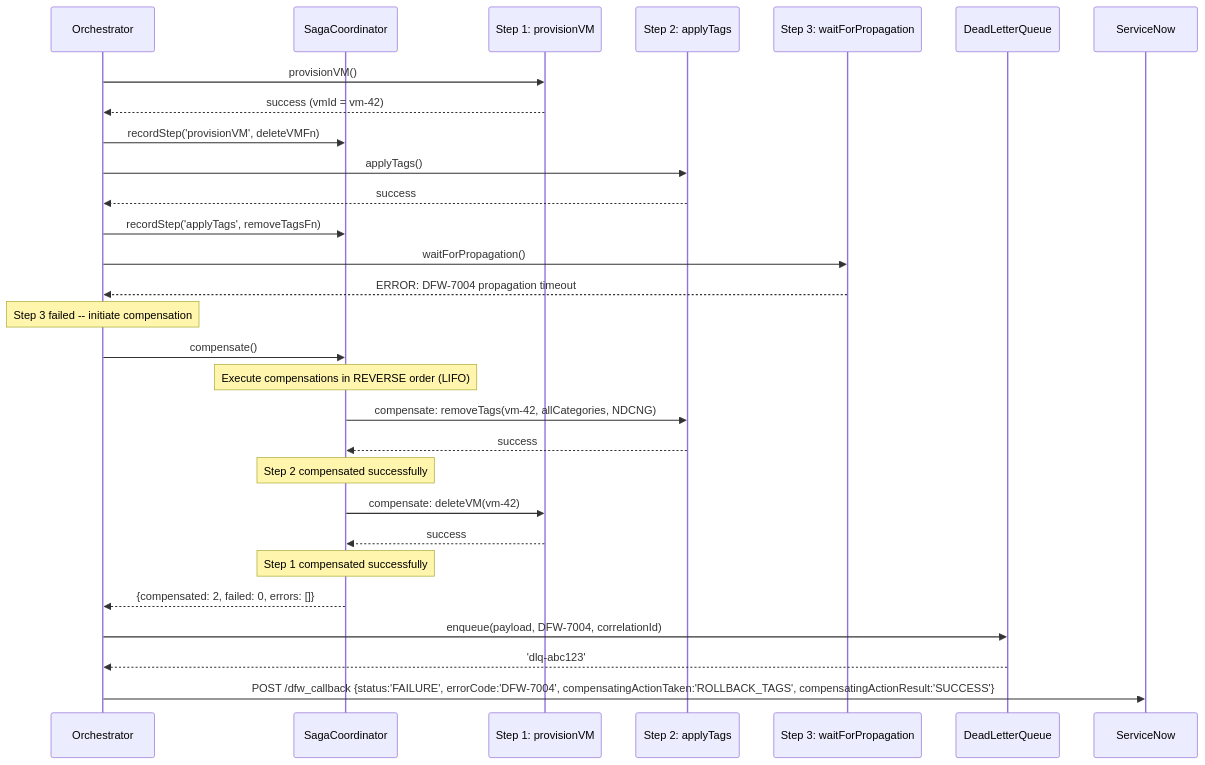
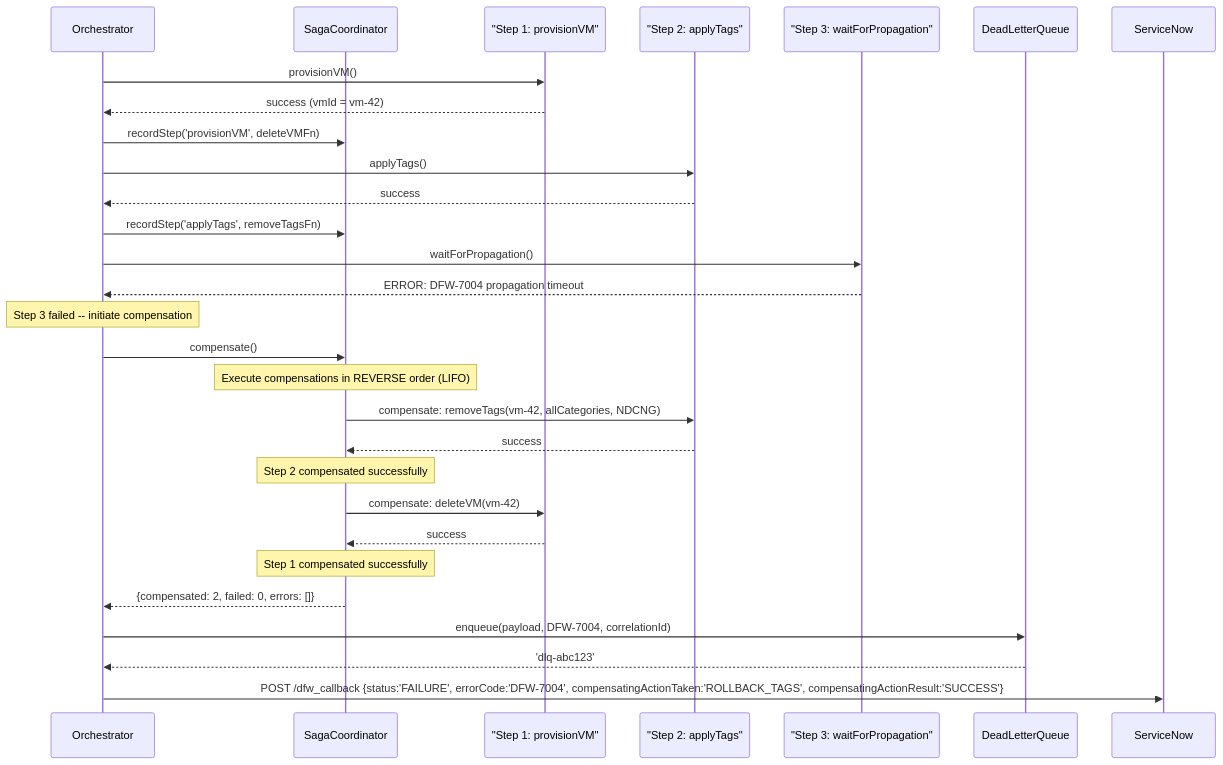
Before and after one commit to srikanth-nalam/dfw-automation-pipeline: the eighth of 13 diagrams in docs/LLD.md, drawn with Mermaid. The commit also changed other lines of this file and 12 other files, not shown here.

First line of the commit message:
fix: resolve Mermaid diagram rendering issues across all docs

````diff
--- a/docs/LLD.md
+++ b/docs/LLD.md
@@ -1274,41 +1308,41 @@
 ```mermaid
 sequenceDiagram
     participant VRO as Orchestrator
     participant Saga as SagaCoordinator
-    participant S1 as Step 1: provisionVM
-    participant S2 as Step 2: applyTags
-    participant S3 as Step 3: waitForPropagation
+    participant S1 as "Step 1: provisionVM"
+    participant S2 as "Step 2: applyTags"
+    participant S3 as "Step 3: waitForPropagation"
     participant DLQ as DeadLetterQueue
     participant SNOW as ServiceNow
 
     VRO->>S1: provisionVM()
     S1-->>VRO: success (vmId = vm-42)
     VRO->>Saga: recordStep('provisionVM', deleteVMFn)
 
     VRO->>S2: applyTags()
     S2-->>VRO: success
     VRO->>Saga: recordStep('applyTags', removeTagsFn)
 
     VRO->>S3: waitForPropagation()
     S3-->>VRO: ERROR: DFW-7004 propagation timeout
 
     Note over VRO: Step 3 failed -- initiate compensation
 
     VRO->>Saga: compensate()
     Note over Saga: Execute compensations in REVERSE order (LIFO)
 
     Saga->>S2: compensate: removeTags(vm-42, allCategories, NDCNG)
     S2-->>Saga: success
     Note over Saga: Step 2 compensated successfully
 
     Saga->>S1: compensate: deleteVM(vm-42)
     S1-->>Saga: success
     Note over Saga: Step 1 compensated successfully
 
     Saga-->>VRO: {compensated: 2, failed: 0, errors: []}
 
     VRO->>DLQ: enqueue(payload, DFW-7004, correlationId)
     DLQ-->>VRO: 'dlq-abc123'
 
     VRO->>SNOW: POST /dfw_callback {status:'FAILURE', errorCode:'DFW-7004', compensatingActionTaken:'ROLLBACK_TAGS', compensatingActionResult:'SUCCESS'}
 ```
````
